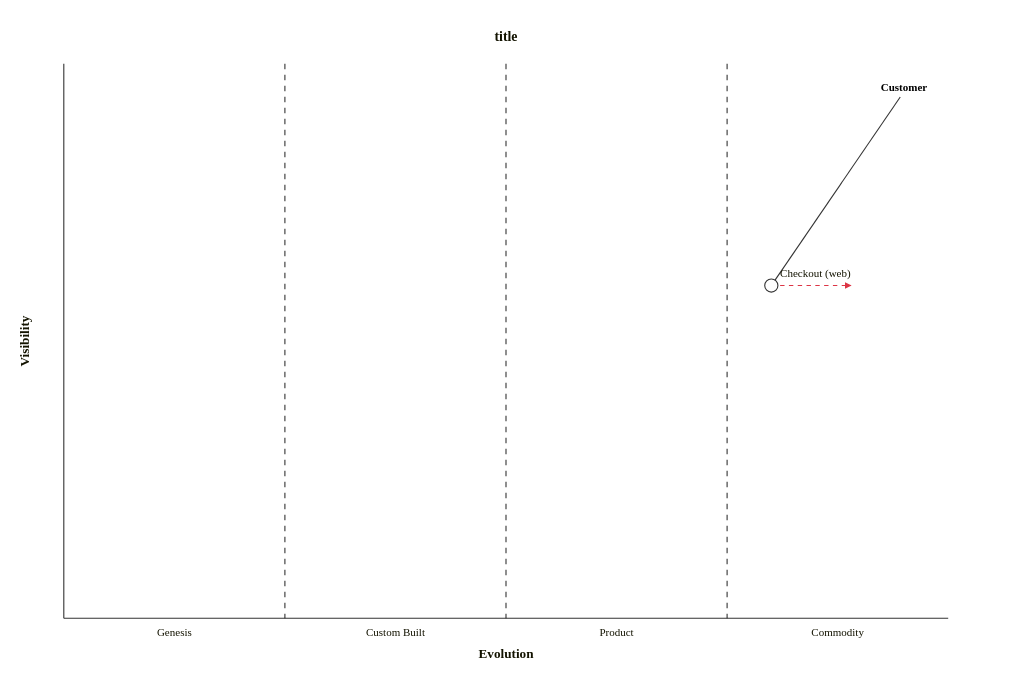
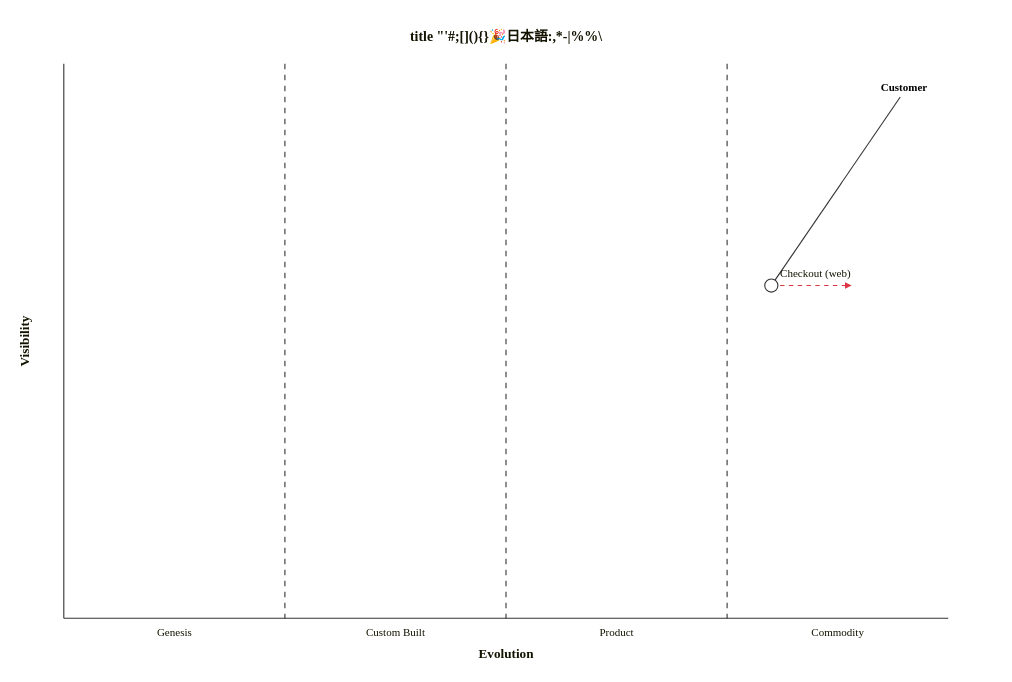
Before and after one commit to nao1215/markdown: the diagram in doc/edgecase/wardley.md, drawn with Mermaid. The commit also changed 6 other files, not shown here.

````diff
--- a/doc/edgecase/wardley.md
+++ b/doc/edgecase/wardley.md
@@ -5,8 +5,8 @@
 ```mermaid
 wardley-beta
-    title title
+    title title "'#;[](){}🎉日本語:,*-|#37;#37;\
     anchor Customer [0.95, 0.95]
     component Checkout (web) [0.6, 0.8]
     Customer -> Checkout (web)
     evolve Checkout (web) 0.9
 ```
````
